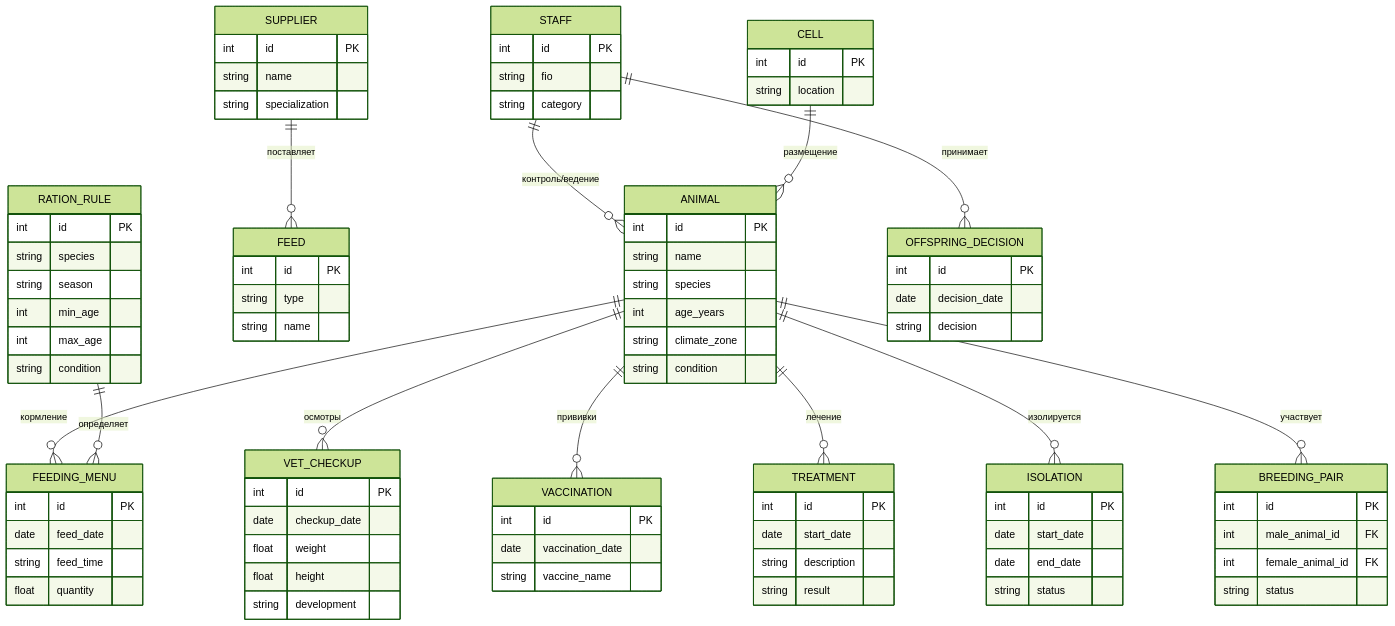
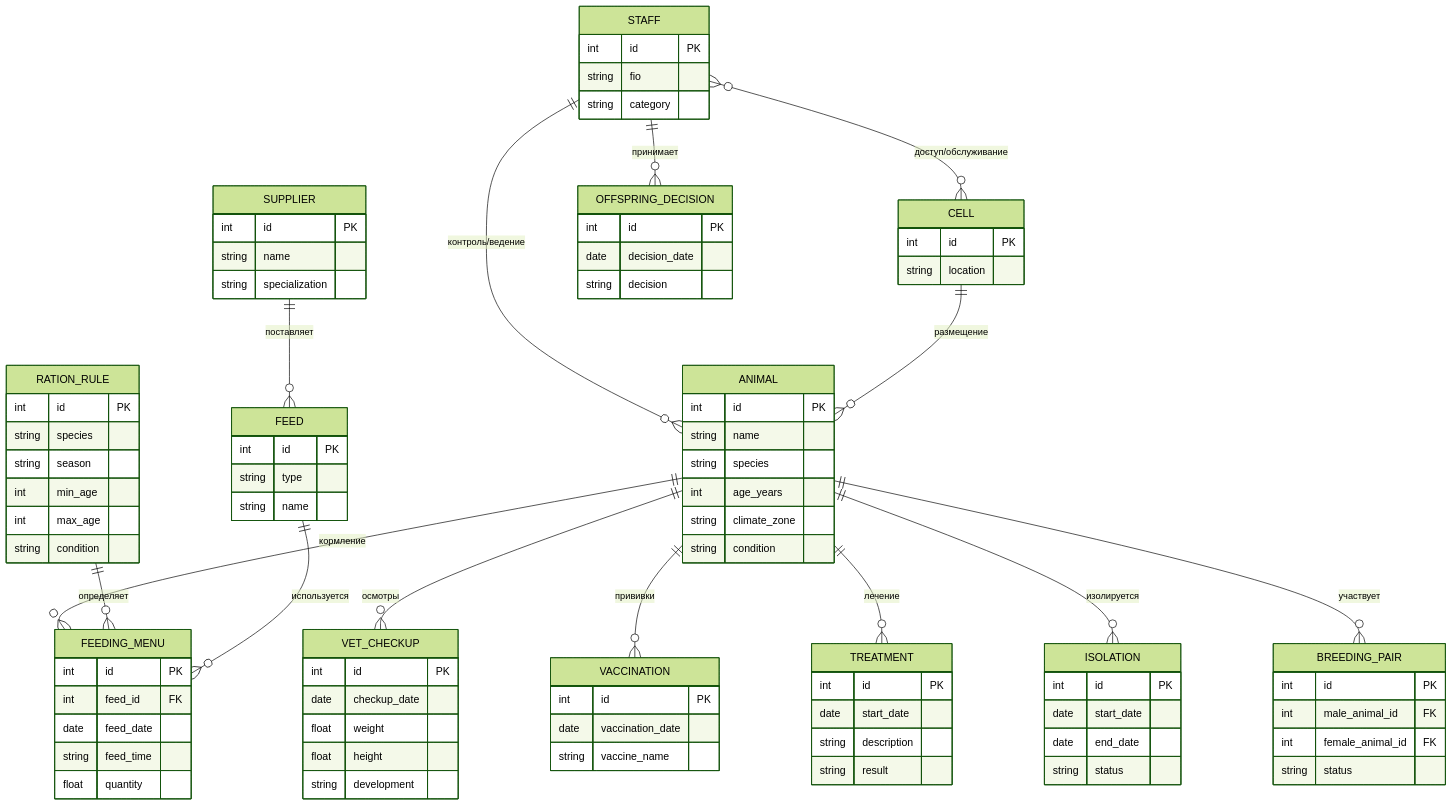
The diagram in Zoo Site/doc/srs-20.md (SuhininSovest/Zoo-Site), drawn with Mermaid (forest theme) before and after one commit.

Commit message:
docs: add missing usecase diagram and update ERD relations

````diff
--- a/Zoo Site/doc/srs-20.md
+++ b/Zoo Site/doc/srs-20.md
@@ -398,6 +398,7 @@
   }
   FEEDING_MENU {
     int id PK
+    int feed_id FK
     date feed_date
     string feed_time
     float quantity
@@ -443,10 +444,13 @@
   SUPPLIER ||--o{ FEED : "поставляет"
   ANIMAL ||--o{ FEEDING_MENU : "кормление"
   RATION_RULE ||--o{ FEEDING_MENU : "определяет"
+  FEED ||--o{ FEEDING_MENU : "используется"
+  STAFF }o--o{ CELL : "доступ/обслуживание"
   ANIMAL ||--o{ VET_CHECKUP : "осмотры"
   ANIMAL ||--o{ VACCINATION : "прививки"
   ANIMAL ||--o{ TREATMENT : "лечение"
   ANIMAL ||--o{ ISOLATION : "изолируется"
   ANIMAL ||--o{ BREEDING_PAIR : "участвует"
   STAFF ||--o{ OFFSPRING_DECISION : "принимает"
+
 ```
````
